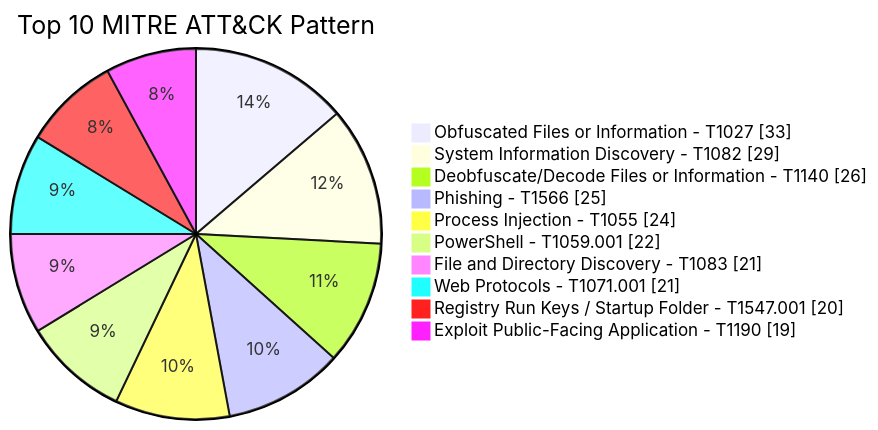
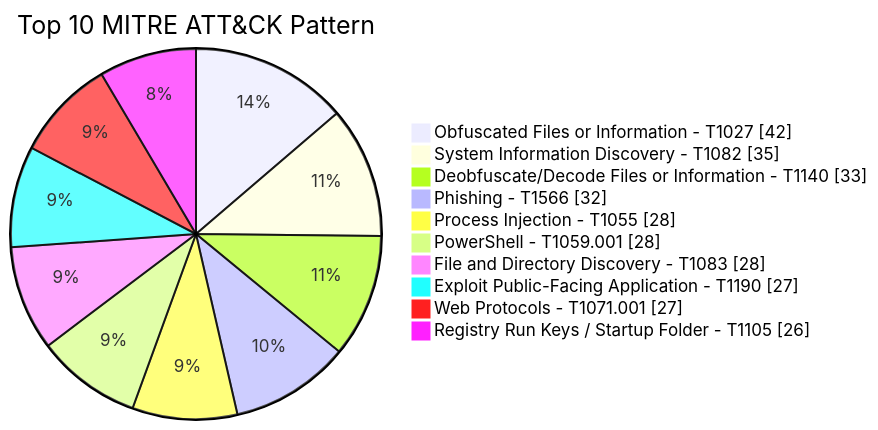
The first of 2 diagrams in content/MY Threat Landscape/TTPs.md (rectifyq/site), drawn with Mermaid before and after one commit. The commit also changed other lines of this file, not shown here.

Commit message:
Quartz sync: Jun 29, 2026, 4:52 AM

````diff
--- a/content/MY Threat Landscape/TTPs.md
+++ b/content/MY Threat Landscape/TTPs.md
@@ -15,15 +15,14 @@
 ```mermaid
     pie showData
     title Top 10 MITRE ATT&CK Pattern
-    "Obfuscated Files or Information - T1027":	33
-    "System Information Discovery - T1082":	29
-    "Deobfuscate/Decode Files or Information - T1140":	26
-    "Phishing - T1566":	25
-    "Process Injection - T1055":	24
-    "PowerShell - T1059.001":	22
-    "File and Directory Discovery - T1083":	21
-    "Web Protocols - T1071.001":	21
-    "Registry Run Keys / Startup Folder - T1547.001":	20
-    "Exploit Public-Facing Application - T1190":	19
-
+    "Obfuscated Files or Information - T1027":	42
+    "System Information Discovery - T1082":	35
+    "Deobfuscate/Decode Files or Information - T1140":	33
+    "Phishing - T1566":	32
+    "Process Injection - T1055":	28
+    "PowerShell - T1059.001":	28
+    "File and Directory Discovery - T1083":	28
+    "Exploit Public-Facing Application - T1190":	27
+    "Web Protocols - T1071.001":	27
+    "Registry Run Keys / Startup Folder - T1105":	26
 ```
````
